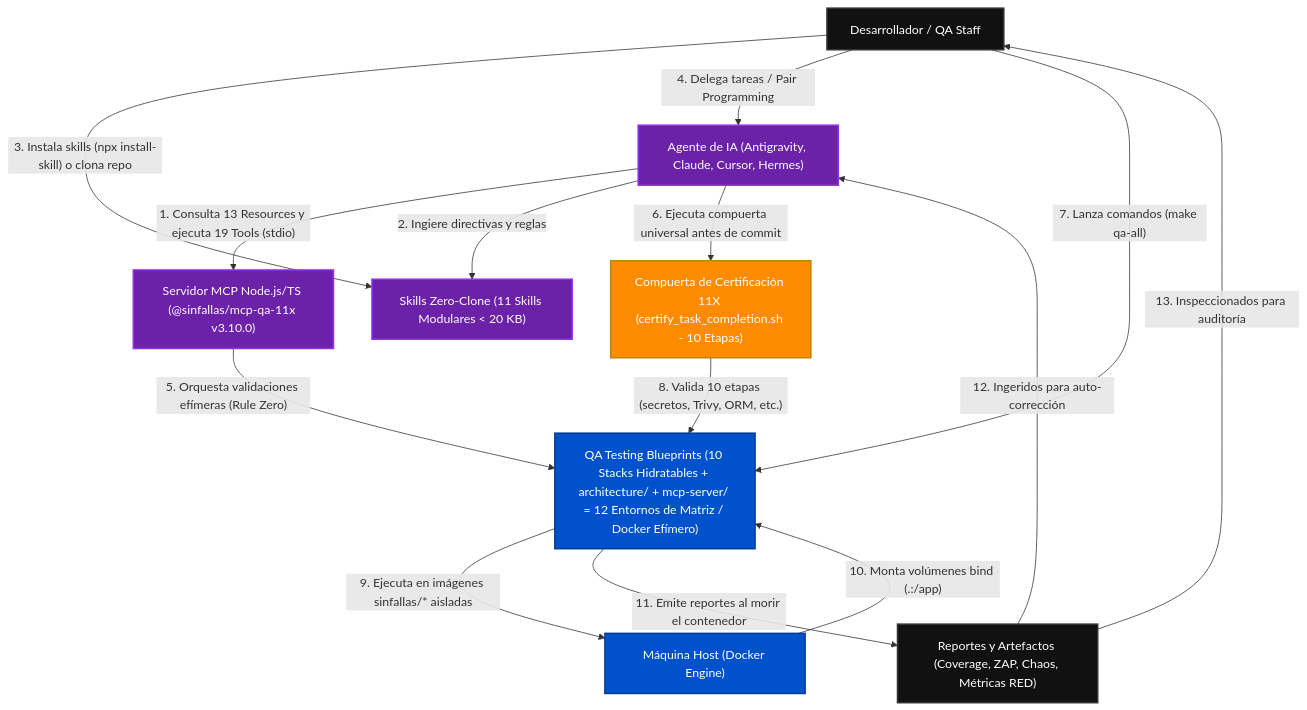
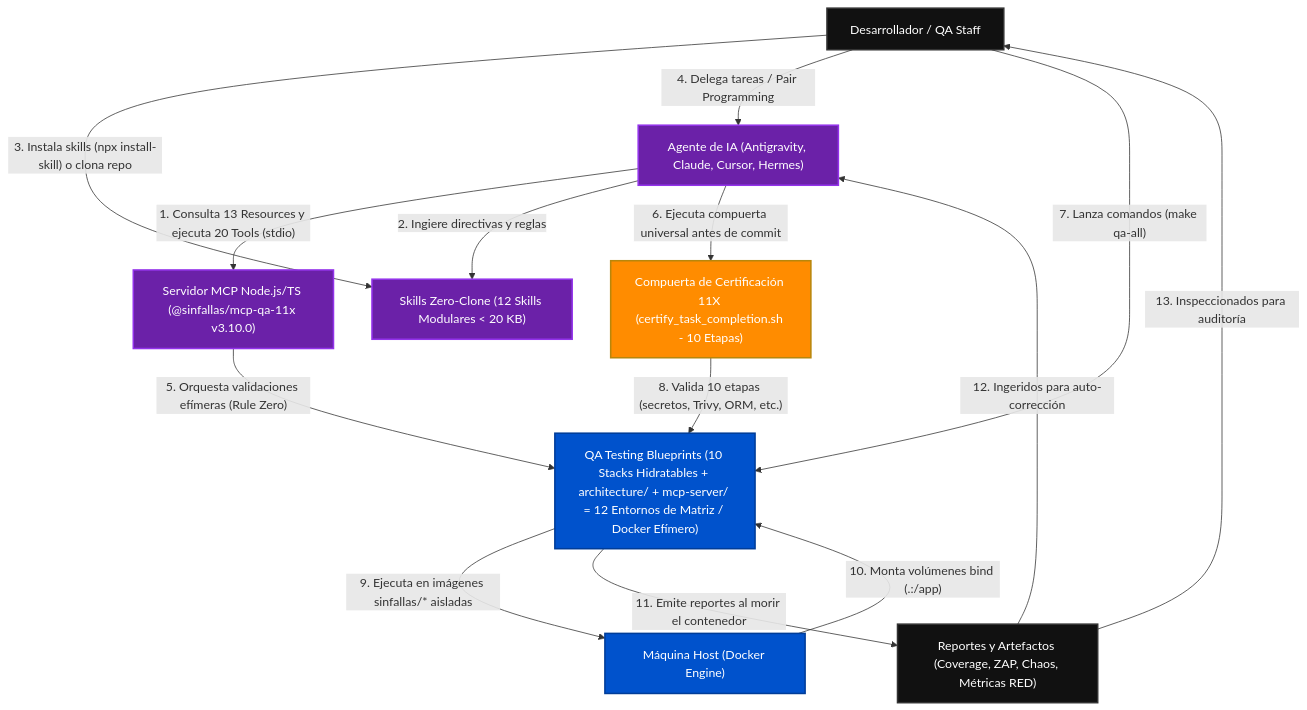
The first of 3 diagrams in docs/ARCHITECTURE_C4.es.md (tecno-consultores/qa-testing-blueprints), drawn with Mermaid before and after one commit. The commit also changed 86 other files, not shown here.

First line of the commit message:
feat(mcp): add analyze_ecosystem_specs tool #20 and qa-11x-reverse-specs skill #12

````diff
--- a/docs/ARCHITECTURE_C4.es.md
+++ b/docs/ARCHITECTURE_C4.es.md
@@ -12,33 +12,33 @@
 ```mermaid
 flowchart TD
     Human["Desarrollador / QA Staff"]
     Agent["Agente de IA (Antigravity, Claude, Cursor, Hermes)"]
     MCP["Servidor MCP Node.js/TS (@sinfallas/mcp-qa-11x v3.10.0)"]
-    Skill["Skills Zero-Clone (11 Skills Modulares < 20 KB)"]
+    Skill["Skills Zero-Clone (12 Skills Modulares < 20 KB)"]
     Gate["Compuerta de Certificación 11X (certify_task_completion.sh - 10 Etapas)"]
     QA["QA Testing Blueprints (10 Stacks Hidratables + architecture/ + mcp-server/ = 12 Entornos de Matriz / Docker Efímero)"]
     Host["Máquina Host (Docker Engine)"]
     Reports["Reportes y Artefactos (Coverage, ZAP, Chaos, Métricas RED)"]
 
-    Agent -->|"1. Consulta 13 Resources y ejecuta 19 Tools (stdio)"| MCP
+    Agent -->|"1. Consulta 13 Resources y ejecuta 20 Tools (stdio)"| MCP
     Agent -->|"2. Ingiere directivas y reglas"| Skill
     Human -->|"3. Instala skills (npx install-skill) o clona repo"| Skill
     Human -->|"4. Delega tareas / Pair Programming"| Agent
     MCP -->|"5. Orquesta validaciones efímeras (Rule Zero)"| QA
     Agent -->|"6. Ejecuta compuerta universal antes de commit"| Gate
     Human -->|"7. Lanza comandos (make qa-all)"| QA
     Gate -->|"8. Valida 10 etapas (secretos, Trivy, ORM, etc.)"| QA
     QA -->|"9. Ejecuta en imágenes sinfallas/* aisladas"| Host
     Host -->|"10. Monta volúmenes bind (.:/app)"| QA
     QA -->|"11. Emite reportes al morir el contenedor"| Reports
     Reports -->|"12. Ingeridos para auto-corrección"| Agent
     Reports -->|"13. Inspeccionados para auditoría"| Human
 
     classDef default fill:#111,stroke:#333,stroke-width:2px,color:#fff;
     classDef highlight fill:#0052cc,stroke:#003d99,stroke-width:2px,color:#fff;
     classDef barrier fill:#ff8c00,stroke:#b8860b,stroke-width:2px,color:#fff;
     classDef ai fill:#6b21a8,stroke:#9333ea,stroke-width:2px,color:#fff;
     class QA,Host highlight;
     class Gate barrier;
     class Agent,MCP,Skill ai;
 ```
````
